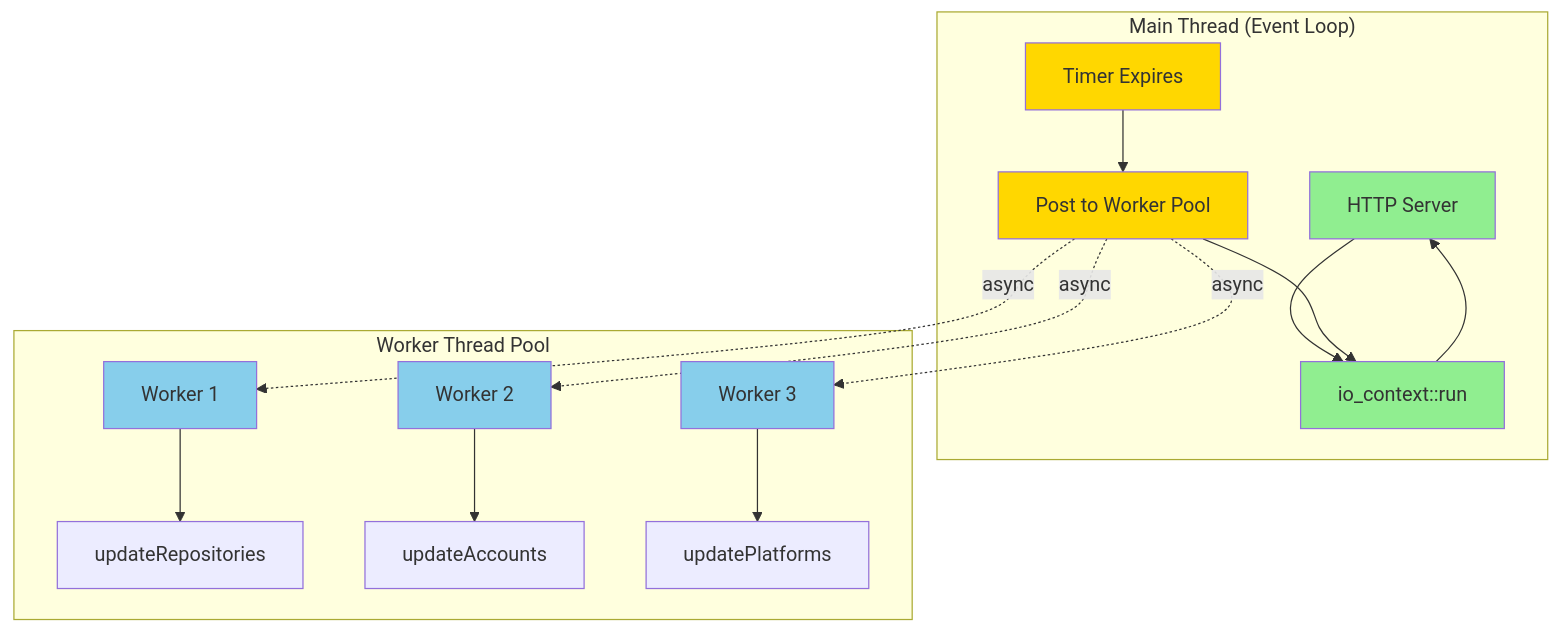
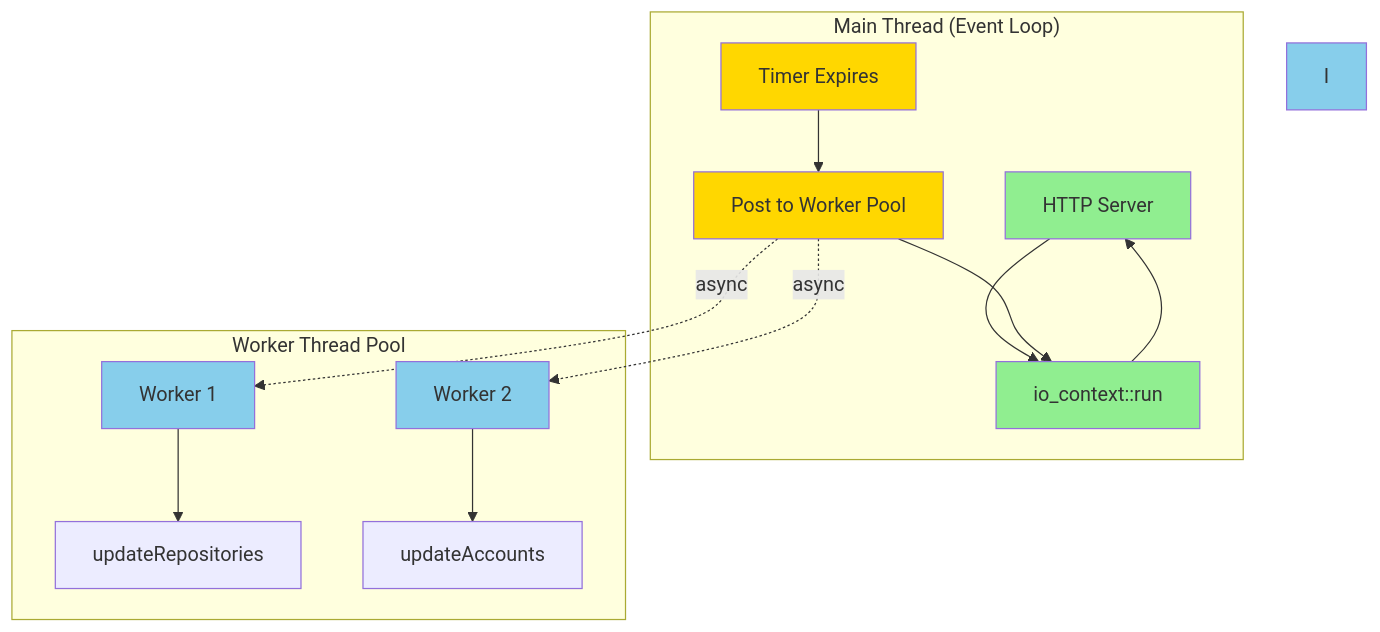
One commit to guzman109/icicle-insights changed the first of 7 diagrams in docs/async-task-patterns.md. Above: the diagram before and after it, drawn with Mermaid. The commit also changed other lines of this file and 32 other files, not shown here.

````diff
--- a/docs/async-task-patterns.md
+++ b/docs/async-task-patterns.md
@@ -45,27 +45,25 @@
 ```mermaid
 graph TB
     subgraph "Main Thread (Event Loop)"
         A[HTTP Server] --> B[io_context::run]
         C[Timer Expires] --> D[Post to Worker Pool]
         D --> B
         B --> A
     end
 
     subgraph "Worker Thread Pool"
         E[Worker 1] --> F[updateRepositories]
         G[Worker 2] --> H[updateAccounts]
-        I[Worker 3] --> J[updatePlatforms]
     end
 
     D -.async.-> E
     D -.async.-> G
-    D -.async.-> I
 
     style A fill:#90EE90
     style B fill:#90EE90
     style C fill:#FFD700
     style D fill:#FFD700
     style E fill:#87CEEB
     style G fill:#87CEEB
     style I fill:#87CEEB
 ```
````
